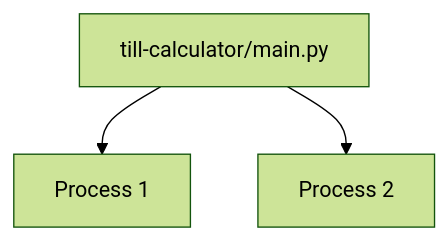
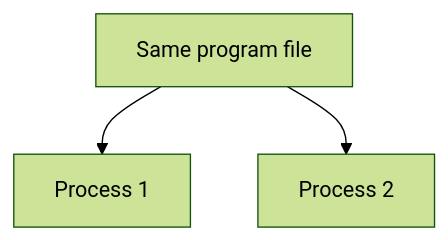
The diagram in backend/00-foundations/02-terminal/concepts/06-processes.md (sage9705/unslop), drawn with Mermaid (forest theme) before and after one commit. The commit also changed other lines of this file and 3 other files, not shown here.

````diff
--- a/backend/00-foundations/02-terminal/concepts/06-processes.md
+++ b/backend/00-foundations/02-terminal/concepts/06-processes.md
@@ -19,5 +21,5 @@
 ```mermaid
 flowchart TD
-    A["till-calculator/main.py"] --> B["Process 1"]
+    A["Same program file"] --> B["Process 1"]
     A --> C["Process 2"]
 ```
````
